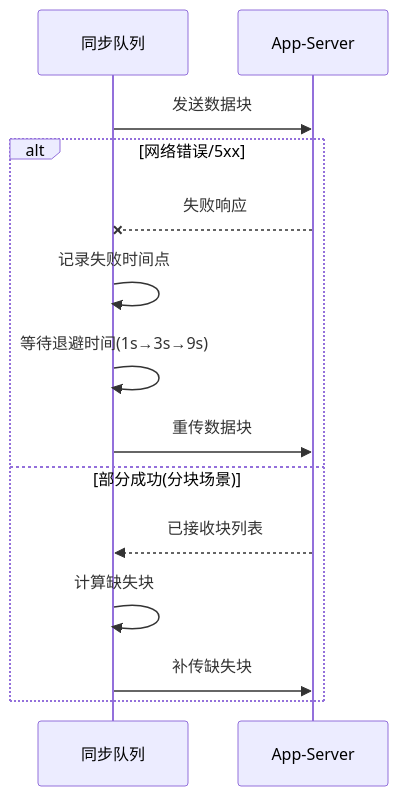
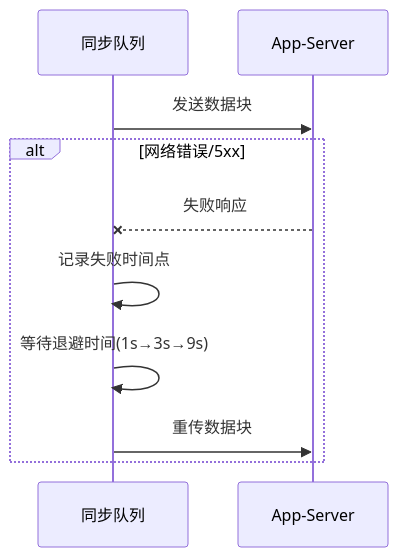
Before and after one commit to yingjianzh/iodraw-files: the diagram in all/未命名-25.md, drawn with Mermaid.

Commit message:
2025-02-25 16:15:16 update

````diff
--- a/all/未命名-25.md
+++ b/all/未命名-25.md
@@ -1,19 +1,16 @@
 ```mermaid
 
 sequenceDiagram
     participant 同步队列
     participant App-Server
 
     同步队列->>App-Server: 发送数据块
     alt 网络错误/5xx
         App-Server--x 同步队列: 失败响应
         同步队列->>同步队列: 记录失败时间点
         同步队列->>同步队列: 等待退避时间(1s→3s→9s)
         同步队列->>App-Server: 重传数据块
-    else 部分成功(分块场景)
-        App-Server-->>同步队列: 已接收块列表
-        同步队列->>同步队列: 计算缺失块
-        同步队列->>App-Server: 补传缺失块
+   
     end
 
 ```
````
